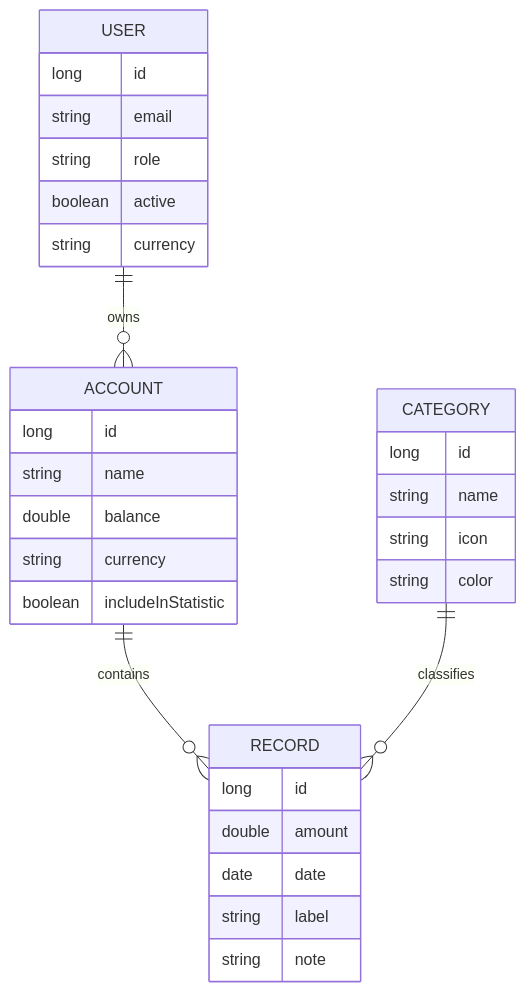
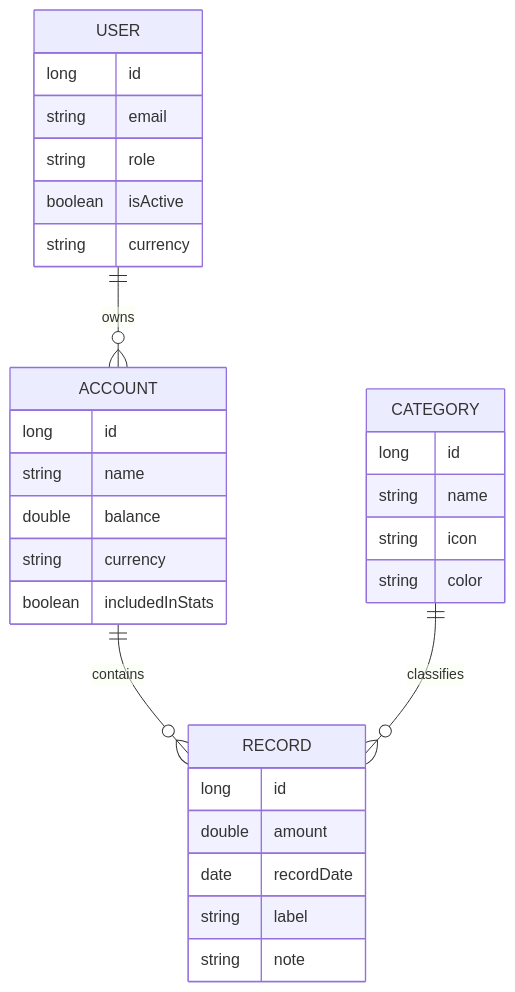
The second of 2 diagrams in README.md (saMM7111/Finance-Dashboard-BE), drawn with Mermaid before and after one commit. The commit also changed other lines of this file, not shown here.

Commit message:
fix(docs): update mermaid syntax for github compatibility

````diff
--- a/README.md
+++ b/README.md
@@ -95,37 +95,37 @@
 ```mermaid
 erDiagram
   USER ||--o{ ACCOUNT : owns
   ACCOUNT ||--o{ RECORD : contains
   CATEGORY ||--o{ RECORD : classifies
 
   USER {
     long id
     string email
     string role
-    boolean active
+    boolean isActive
     string currency
   }
 
   ACCOUNT {
     long id
     string name
     double balance
     string currency
-    boolean includeInStatistic
+    boolean includedInStats
   }
 
   RECORD {
     long id
     double amount
-    date date
+    date recordDate
     string label
     string note
   }
 
   CATEGORY {
     long id
     string name
     string icon
     string color
   }
 ```
````
